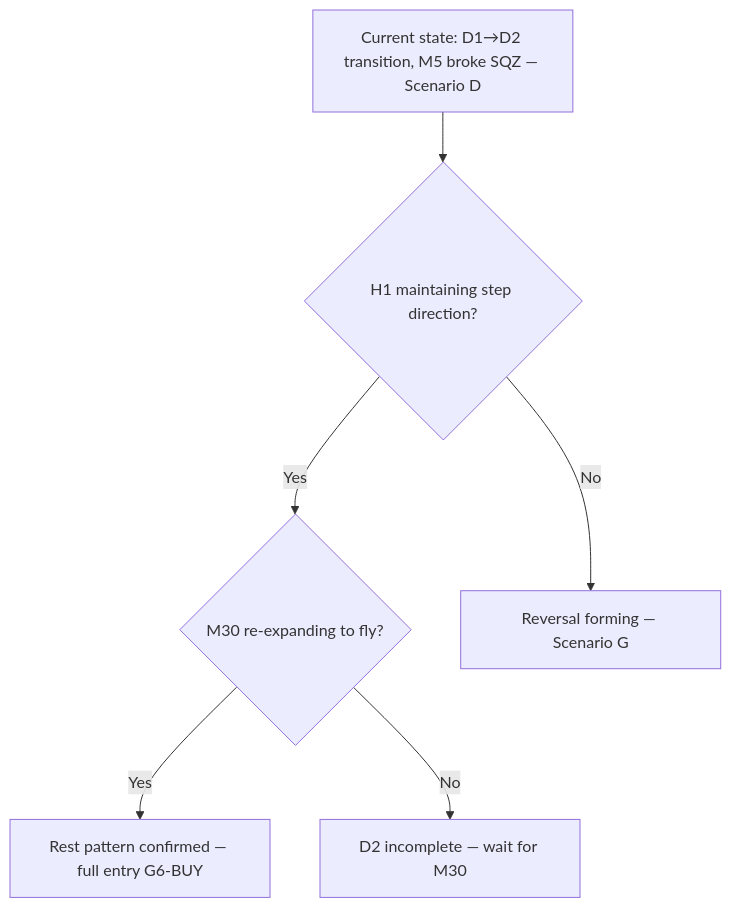
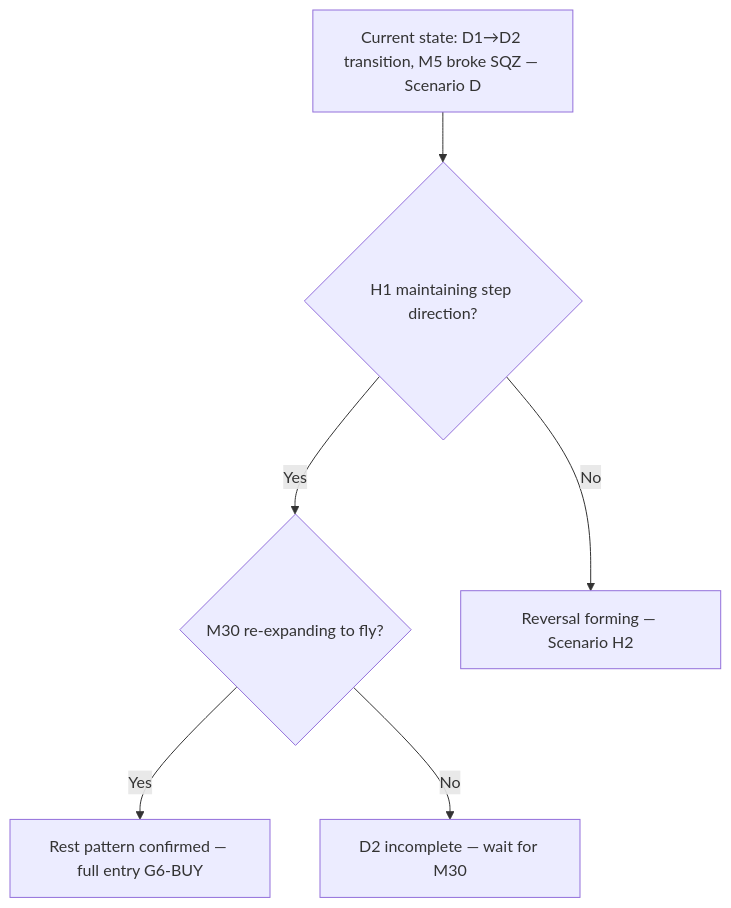
Before and after one commit to Terrypang89/BB_MTF_M15_STRATEGY: the tenth of 23 diagrams in references/backtest_chart_analysis.md, drawn with Mermaid. The commit also changed other lines of this file, not shown here.

Commit message:
Fix residual Scenario G references → H2/E4/H, add diffBBW Section 4b, rename Scenario A heading to Full Fly Alignment, fix Part 3 enhancement table G row → H

````diff
--- a/references/backtest_chart_analysis.md
+++ b/references/backtest_chart_analysis.md
@@ -1311,9 +1325,9 @@
 ```mermaid
 flowchart TD
     A["Current state: D1→D2 transition, M5 broke SQZ — Scenario D"]
     A --> B{"H1 maintaining step direction?"}
     B -->|Yes| C{"M30 re-expanding to fly?"}
     C -->|Yes| D["Rest pattern confirmed — full entry G6-BUY"]
     C -->|No| E["D2 incomplete — wait for M30"]
-    B -->|No| F["Reversal forming — Scenario G"]
+    B -->|No| F["Reversal forming — Scenario H2"]
 ```
````
